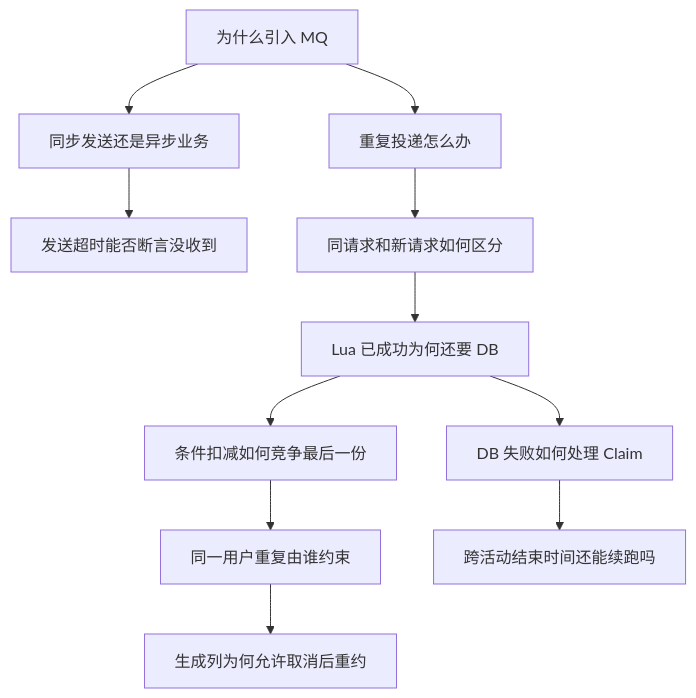
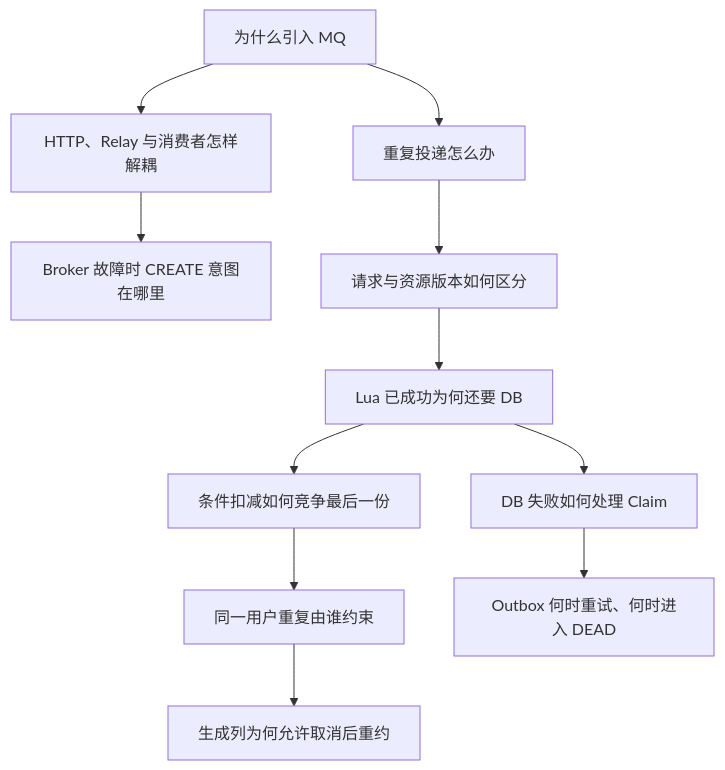
One commit to SyH-101/citypass-platform changed diagram 12 of 12 in 01-异步预约与防超卖.md. Above: the diagram before and after it, drawn with Mermaid. The commit also changed other lines of this file and 1 other file, not shown here.

````diff
--- a/01-异步预约与防超卖.md
+++ b/01-异步预约与防超卖.md
@@ -1091,13 +1133,13 @@
 ```mermaid
 flowchart TD
-    A[为什么引入 MQ] --> B[同步发送还是异步业务]
+    A[为什么引入 MQ] --> B[HTTP、Relay 与消费者怎样解耦]
     A --> C[重复投递怎么办]
-    B --> D[发送超时能否断言没收到]
-    C --> E[同请求和新请求如何区分]
+    B --> D[Broker 故障时 CREATE 意图在哪里]
+    C --> E[请求与资源版本如何区分]
     E --> F[Lua 已成功为何还要 DB]
     F --> G[条件扣减如何竞争最后一份]
     F --> H[DB 失败如何处理 Claim]
     G --> I[同一用户重复由谁约束]
     I --> J[生成列为何允许取消后重约]
-    H --> K[跨活动结束时间还能续跑吗]
+    H --> K[Outbox 何时重试、何时进入 DEAD]
 ```
````
